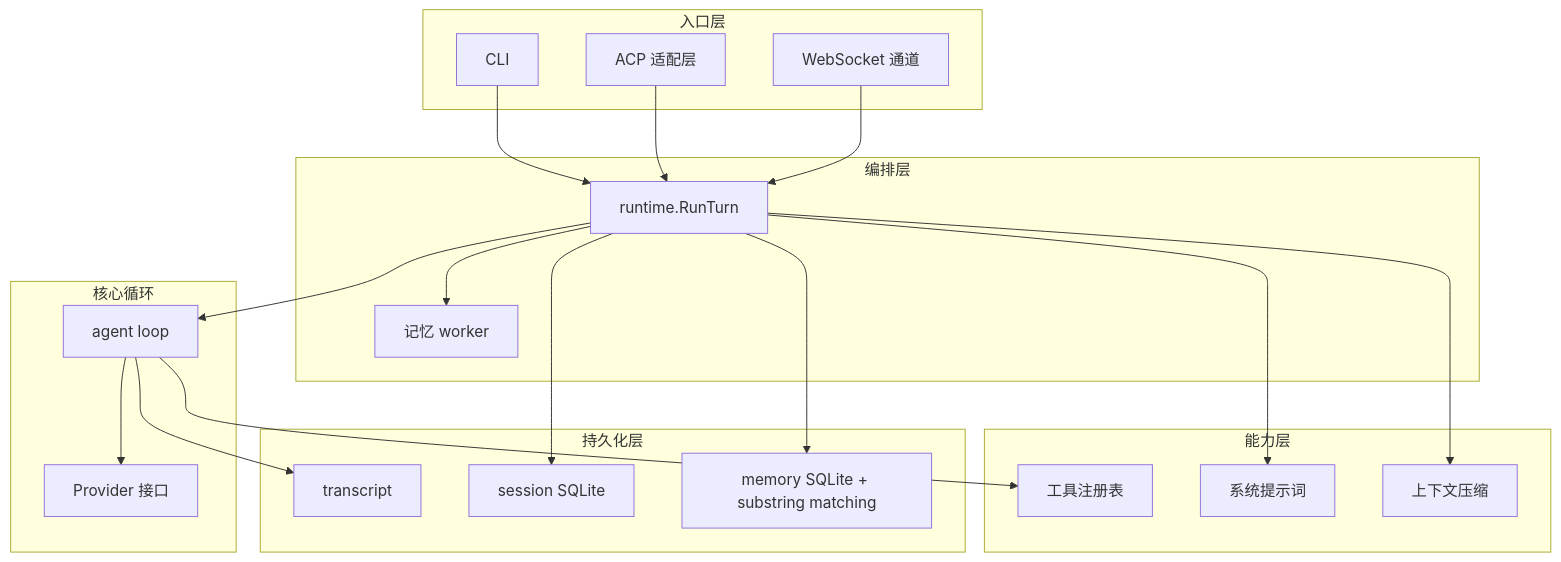
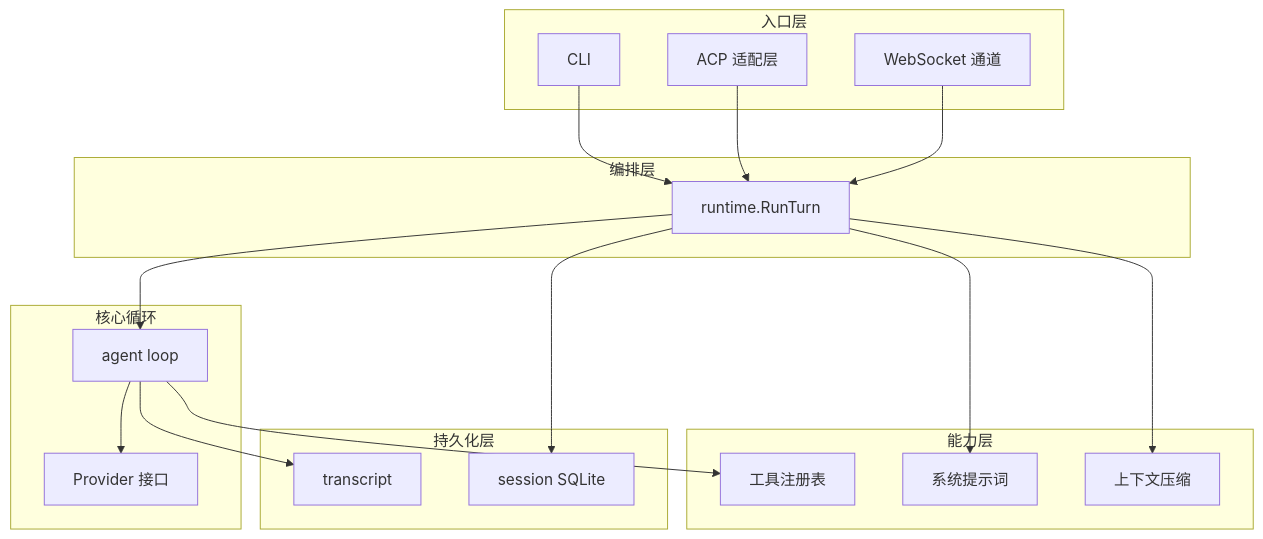
Before and after one commit to gvenusleo/Atlas: the first of 2 diagrams in docs/zh-CN/architecture.md, drawn with Mermaid. The commit also changed other lines of this file and 30 other files, not shown here.

````diff
--- a/docs/zh-CN/architecture.md
+++ b/docs/zh-CN/architecture.md
@@ -9,43 +9,39 @@
 ```mermaid
 graph TD
     subgraph 入口层
         CLI[CLI]
         ACP[ACP 适配层]
         WS[WebSocket 通道]
     end
 
     subgraph 编排层
         RT[runtime.RunTurn]
-        MW[记忆 worker]
     end
 
     subgraph 核心循环
         AG[agent loop]
         PR[Provider 接口]
     end
 
     subgraph 能力层
         TOOLS[工具注册表]
         PRMPT[系统提示词]
         CMP[上下文压缩]
     end
 
     subgraph 持久化层
         TR[transcript]
         SS[session SQLite]
-        MS[memory SQLite + substring matching]
     end
 
     CLI --> RT
     ACP --> RT
     WS --> RT
     RT --> AG
-    RT --> MW
     AG --> PR
     AG --> TOOLS
     RT --> PRMPT
     RT --> CMP
-    RT --> MS
     AG --> TR
     RT --> SS
 ```
````
